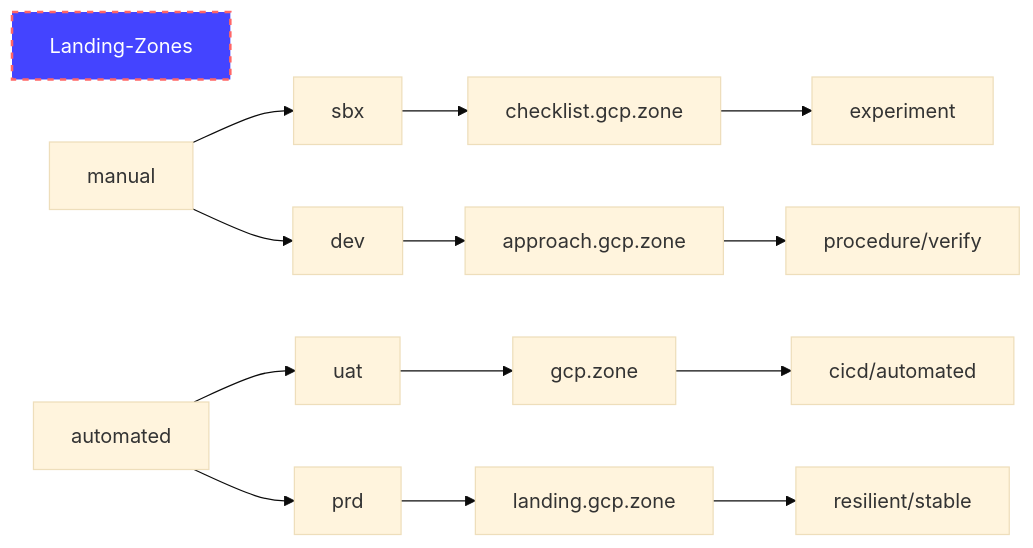
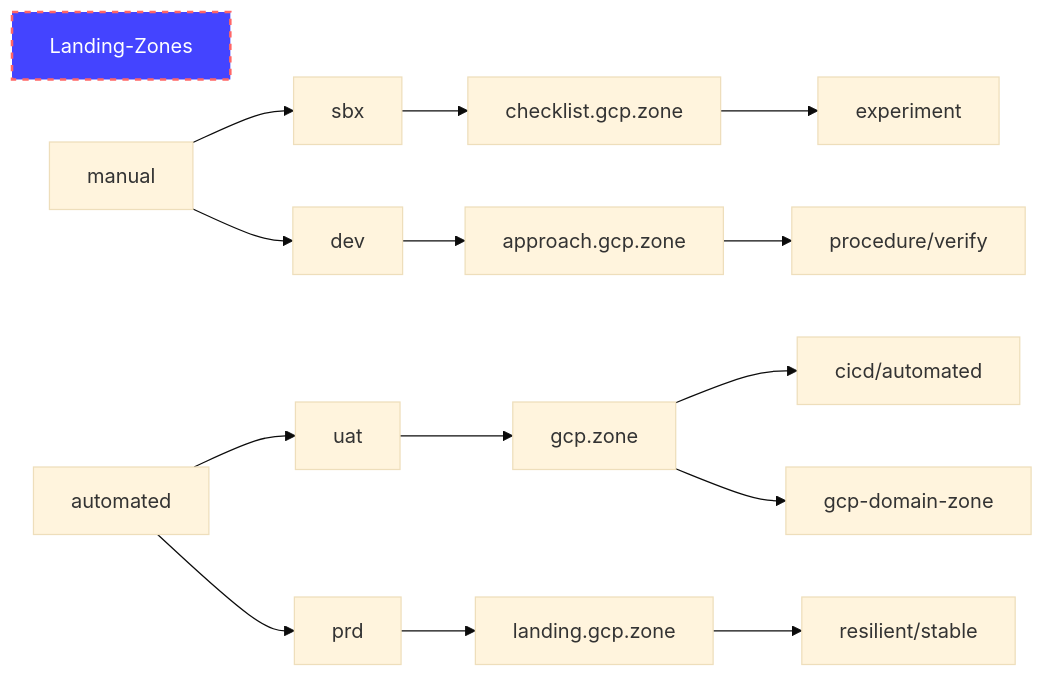
One commit to cloud-quickstart/gcp-landing-zone changed the diagram in docs/landing-zone.md. Above: the diagram before and after it, drawn with Mermaid (base theme). The commit also changed other lines of this file, not shown here.

````diff
--- a/docs/landing-zone.md
+++ b/docs/landing-zone.md
@@ -17,17 +17,18 @@
 ```mermaid
 graph LR;
     style Landing-Zones fill:#44f,stroke:#f66,stroke-width:2px,color:#fff,stroke-dasharray: 5 5
     %% mapped and documented
 
     manual-->sbx
     manual-->dev
     automated-->uat
     automated-->prd
     
     dev-->approach.gcp.zone-->procedure/verify
     sbx-->checklist.gcp.zone-->experiment
     prd-->landing.gcp.zone-->resilient/stable
     uat-->gcp.zone-->cicd/automated
+    gcp.zone-->gcp-domain-zone
     
     
 ```
````
